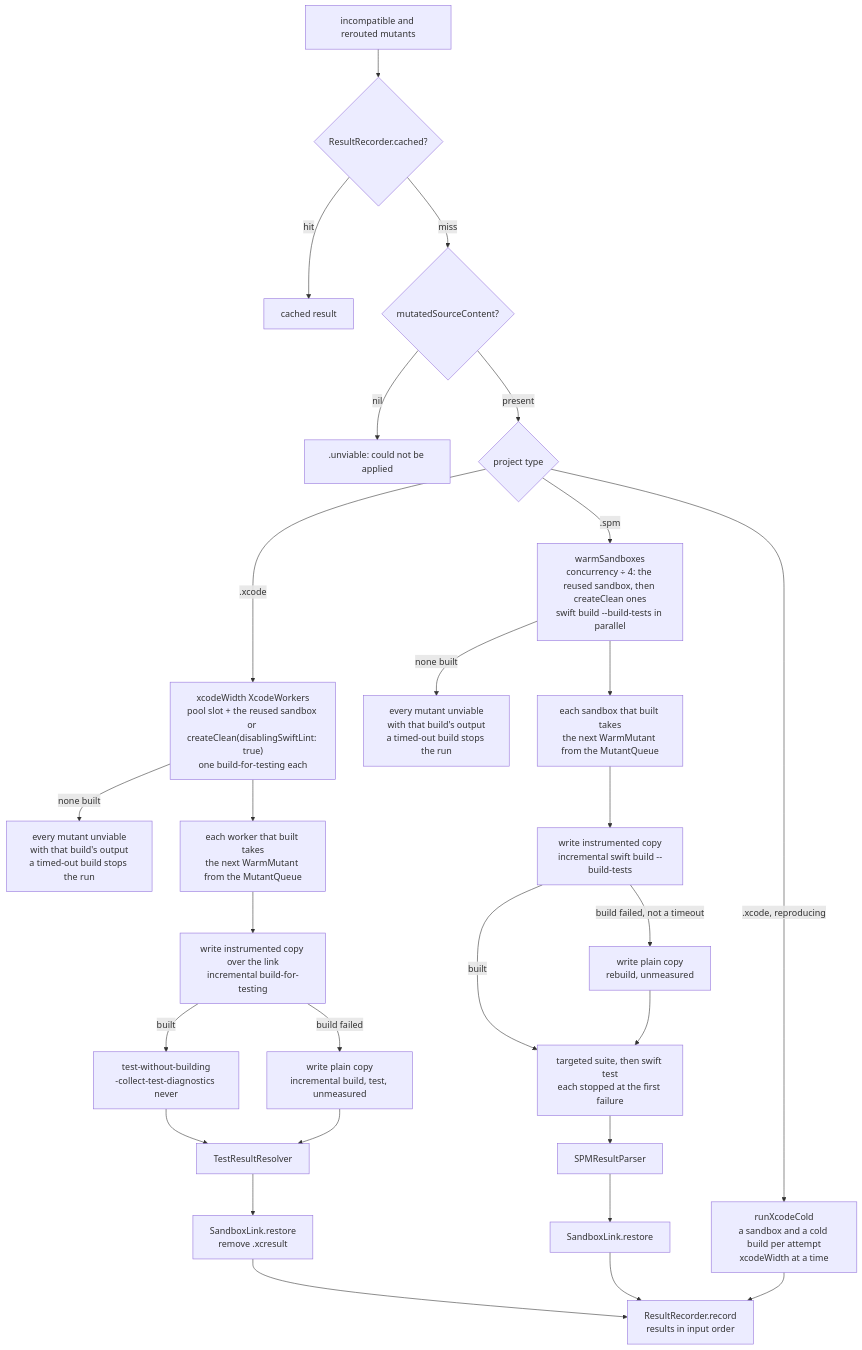
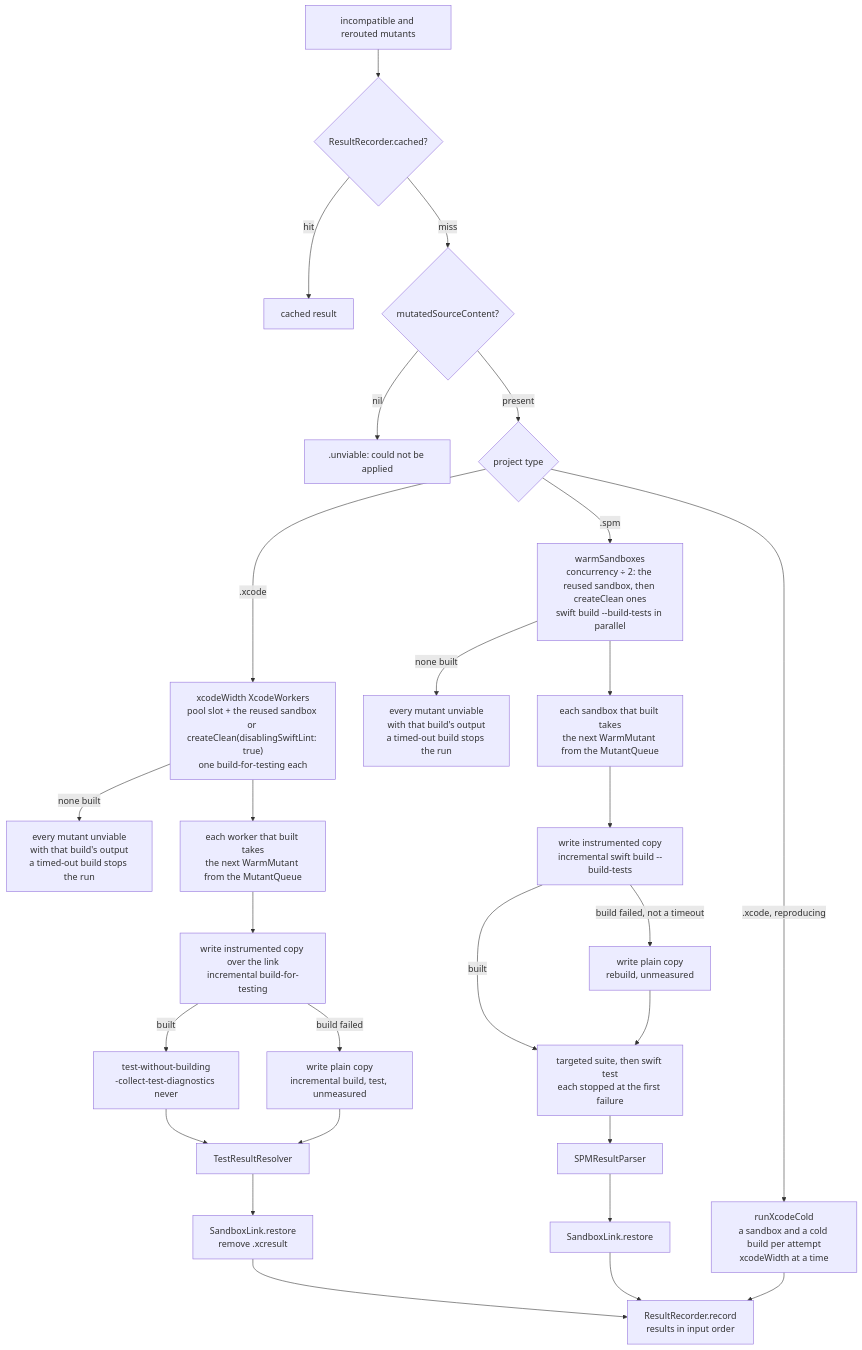
One commit to ericodx/swift-mutation-testing changed the sixth of 6 diagrams in Docs/CodeBase/07-execution.md. Above: the diagram before and after it, drawn with Mermaid. The commit also changed other lines of this file and 7 other files, not shown here.

Commit message:
docs: describe the kept sandboxes, their slots and locks, the refresh and the unchanged schema files, the cold retry of a stale build, --no-warm-sandbox and half the workers as warm slots

````diff
--- a/Docs/CodeBase/07-execution.md
+++ b/Docs/CodeBase/07-execution.md
@@ -846,30 +846,30 @@
 ```mermaid
 flowchart TD
     MUTANTS["incompatible and rerouted mutants"] --> CACHE{"ResultRecorder.cached?"}
     CACHE -- hit --> CACHED["cached result"]
     CACHE -- miss --> CONTENT{"mutatedSourceContent?"}
     CONTENT -- nil --> NA[".unviable: could not be applied"]
     CONTENT -- present --> PT{"project type"}
     PT -- ".xcode, reproducing" --> COLD["runXcodeCold<br>a sandbox and a cold build per attempt<br>xcodeWidth at a time"]
     PT -- ".xcode" --> XWARM["xcodeWidth XcodeWorkers<br>pool slot + the reused sandbox or createClean(disablingSwiftLint: true)<br>one build-for-testing each"]
     XWARM -- "none built" --> XUNVIABLE["every mutant unviable<br>with that build's output<br>a timed-out build stops the run"]
     XWARM --> XDEAL["each worker that built takes<br>the next WarmMutant from the MutantQueue"]
     XDEAL --> XWRITE["write instrumented copy over the link<br>incremental build-for-testing"]
     XWRITE -- built --> LAUNCH["test-without-building<br>-collect-test-diagnostics never"]
     XWRITE -- "build failed" --> XPLAIN["write plain copy<br>incremental build, test, unmeasured"]
     LAUNCH --> PARSE["TestResultResolver"]
     XPLAIN --> PARSE
     PARSE --> XRESTORE["SandboxLink.restore<br>remove .xcresult"]
-    PT -- ".spm" --> WARM["warmSandboxes<br>concurrency ÷ 4: the reused sandbox, then createClean ones<br>swift build --build-tests in parallel"]
+    PT -- ".spm" --> WARM["warmSandboxes<br>concurrency ÷ 2: the reused sandbox, then createClean ones<br>swift build --build-tests in parallel"]
     WARM -- "none built" --> ALLUNVIABLE["every mutant unviable<br>with that build's output<br>a timed-out build stops the run"]
     WARM --> DEAL["each sandbox that built takes<br>the next WarmMutant from the MutantQueue"]
     DEAL --> WRITE["write instrumented copy<br>incremental swift build --build-tests"]
     WRITE -- built --> TESTS["targeted suite, then swift test<br>each stopped at the first failure"]
     WRITE -- "build failed, not a timeout" --> SPLAIN["write plain copy<br>rebuild, unmeasured"]
     SPLAIN --> TESTS
     TESTS --> SPMPARSE["SPMResultParser"]
     SPMPARSE --> SRESTORE["SandboxLink.restore"]
     XRESTORE --> STORE["ResultRecorder.record<br>results in input order"]
     SRESTORE --> STORE
     COLD --> STORE
 ```
````
